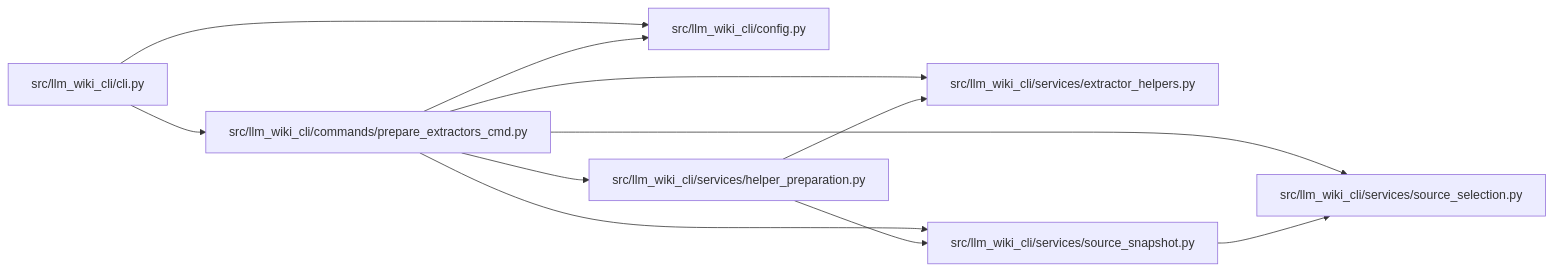
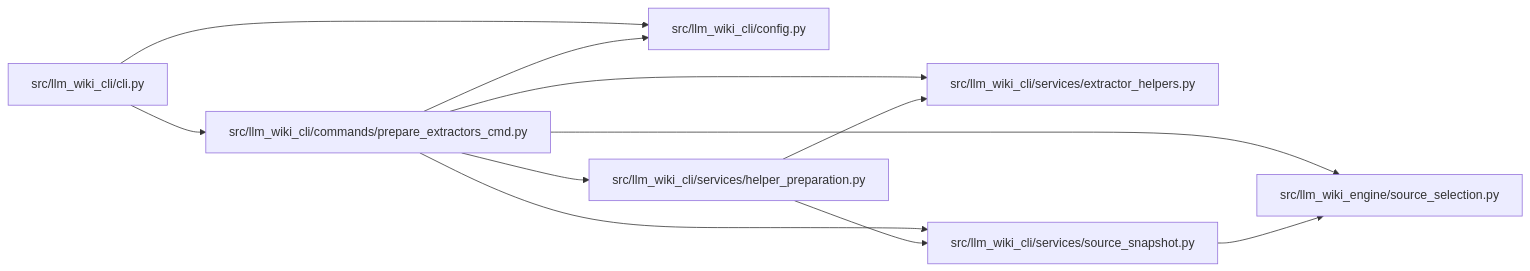
One commit to Denissvgn/python-wiki-llm changed the diagram in docs/llm_wiki/modules/prepare_extractors_cmd.md. Above: the diagram before and after it, drawn with Mermaid. The commit also changed other lines of this file and 739 other files, not shown here.

First line of the commit message:
docs: refresh the wiki for the second engine batch

````diff
--- a/docs/llm_wiki/modules/prepare_extractors_cmd.md
+++ b/docs/llm_wiki/modules/prepare_extractors_cmd.md
@@ -36,27 +36,27 @@
 ```mermaid
 flowchart LR
     n0["src/llm_wiki_cli/cli.py"]
     n1["src/llm_wiki_cli/commands/prepare_extractors_cmd.py"]
     n2["src/llm_wiki_cli/config.py"]
     n3["src/llm_wiki_cli/services/extractor_helpers.py"]
     n4["src/llm_wiki_cli/services/helper_preparation.py"]
-    n5["src/llm_wiki_cli/services/source_selection.py"]
-    n6["src/llm_wiki_cli/services/source_snapshot.py"]
+    n5["src/llm_wiki_cli/services/source_snapshot.py"]
+    n6["src/llm_wiki_engine/source_selection.py"]
     n0 --> n1
     n0 --> n2
     n1 --> n2
     n1 --> n3
     n1 --> n4
     n1 --> n5
     n1 --> n6
     n4 --> n3
-    n4 --> n6
-    n6 --> n5
+    n4 --> n5
+    n5 --> n6
     click n0 "../modules/cli.md"
     click n1 "../modules/prepare_extractors_cmd.md"
     click n2 "../modules/config.md"
     click n3 "../modules/extractor_helpers.md"
     click n4 "../modules/helper_preparation.md"
-    click n5 "../modules/source_selection.md"
-    click n6 "../modules/source_snapshot.md"
+    click n5 "../modules/source_snapshot.md"
+    click n6 "../modules/source_selection.md"
 ```
````
